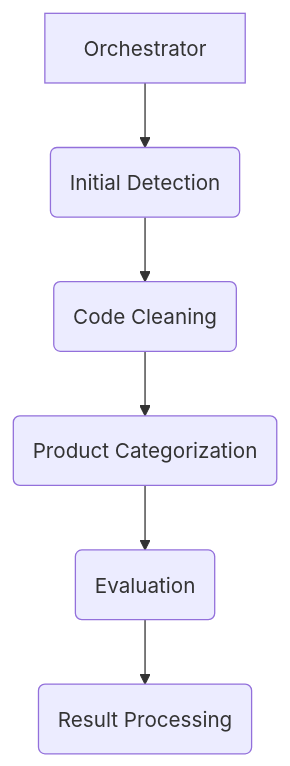
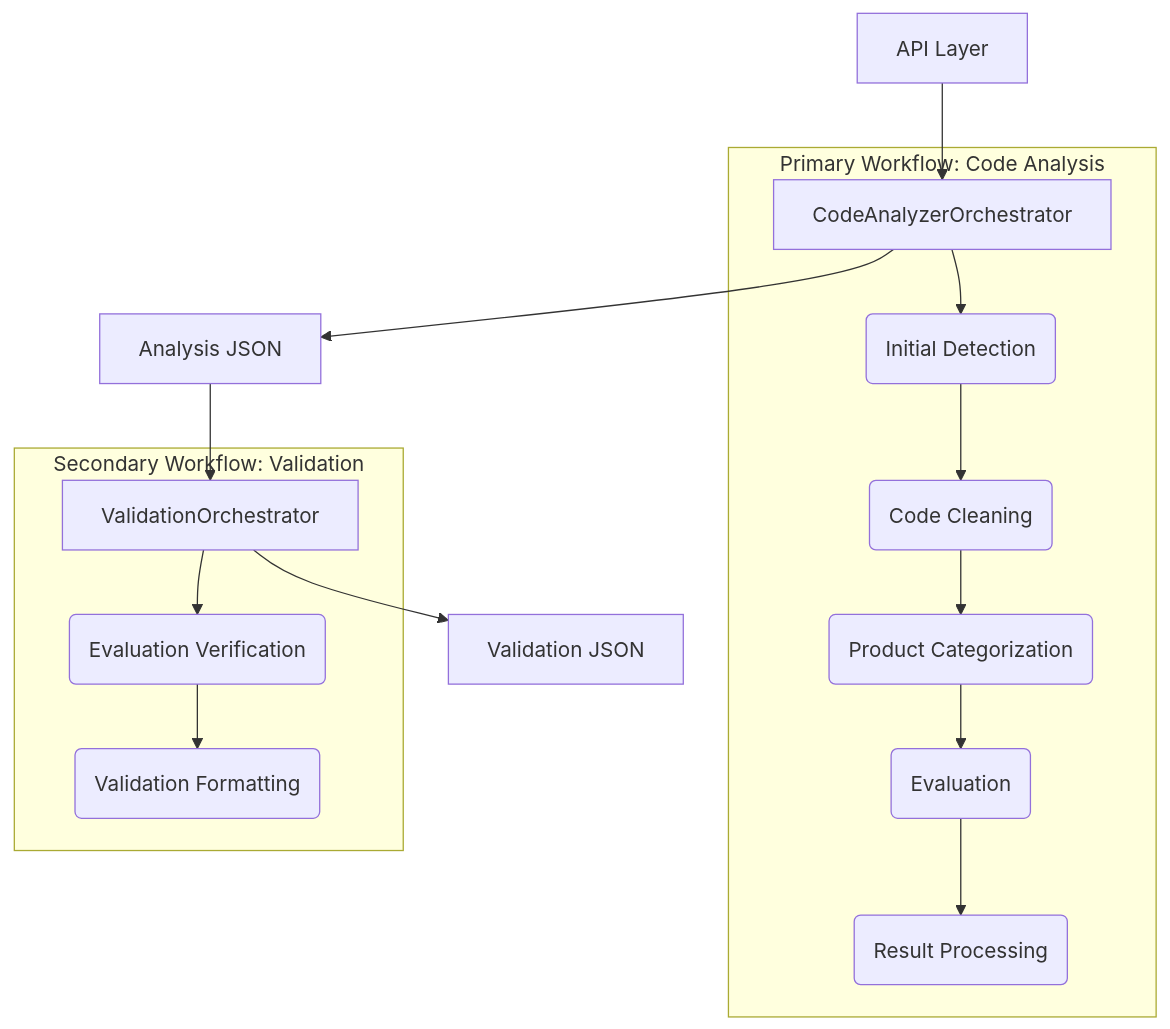
Before and after one commit to joeshirey/HealthScoringAgent: the first of 2 diagrams in docs/TECHNICAL_DESIGN.md, drawn with Mermaid. The commit also changed other lines of this file and 5 other files, not shown here.

Commit message:
feat: Add self-validation workflow and fix tests

````diff
--- a/docs/TECHNICAL_DESIGN.md
+++ b/docs/TECHNICAL_DESIGN.md
@@ -20,8 +20,20 @@
 ```mermaid
 graph TD
-    A[Orchestrator] --> B(Initial Detection);
-    B --> C(Code Cleaning);
-    C --> D(Product Categorization);
-    D --> E(Evaluation);
-    E --> F(Result Processing);
+    subgraph "Primary Workflow: Code Analysis"
+        A[CodeAnalyzerOrchestrator] --> B(Initial Detection);
+        B --> C(Code Cleaning);
+        C --> D(Product Categorization);
+        D --> E(Evaluation);
+        E --> F(Result Processing);
+    end
+
+    subgraph "Secondary Workflow: Validation"
+        G[ValidationOrchestrator] --> H(Evaluation Verification);
+        H --> I(Validation Formatting);
+    end
+
+    API[API Layer] --> A;
+    A --> API_Response_1[Analysis JSON];
+    API_Response_1 --> G;
+    G --> API_Response_2[Validation JSON];
 ```
````
